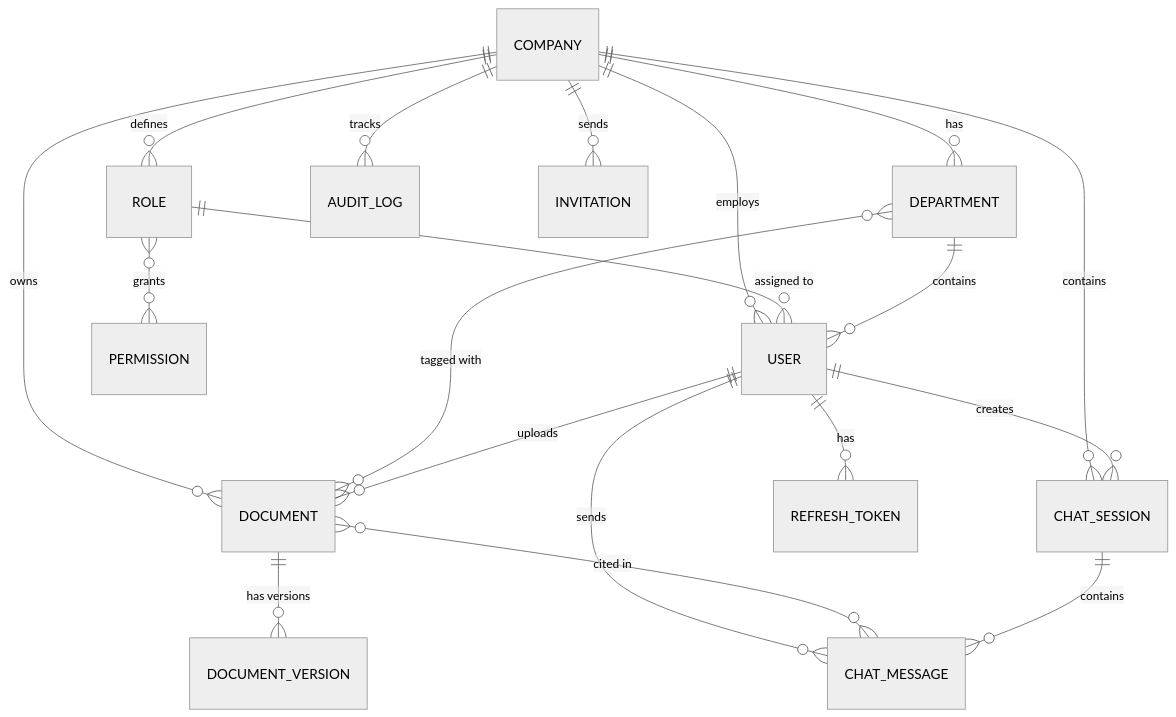
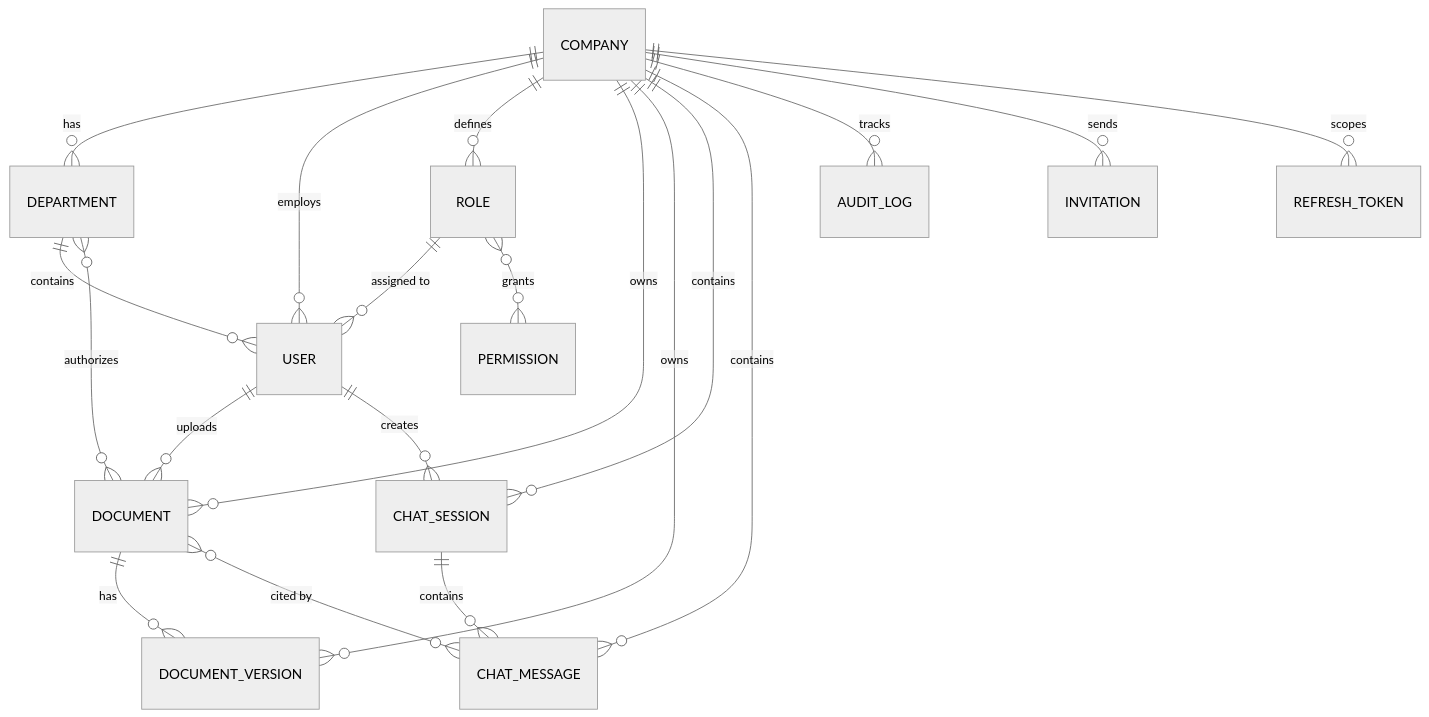
One commit to KavyaKelshikar/AI-Industry_Project changed the diagram in docs/Database.md. Above: the diagram before and after it, drawn with Mermaid (neutral theme). The commit also changed other lines of this file and 158 other files, not shown here.

````diff
--- a/docs/Database.md
+++ b/docs/Database.md
@@ -57,26 +105,23 @@
 ```mermaid
 erDiagram
     COMPANY ||--o{ DEPARTMENT : "has"
     COMPANY ||--o{ USER : "employs"
     COMPANY ||--o{ ROLE : "defines"
     COMPANY ||--o{ DOCUMENT : "owns"
+    COMPANY ||--o{ DOCUMENT_VERSION : "owns"
     COMPANY ||--o{ CHAT_SESSION : "contains"
+    COMPANY ||--o{ CHAT_MESSAGE : "contains"
     COMPANY ||--o{ AUDIT_LOG : "tracks"
     COMPANY ||--o{ INVITATION : "sends"
+    COMPANY ||--o{ REFRESH_TOKEN : "scopes"
 
     ROLE ||--o{ USER : "assigned to"
     ROLE }o--o{ PERMISSION : "grants"
-
     DEPARTMENT ||--o{ USER : "contains"
-    DEPARTMENT }o--o{ DOCUMENT : "tagged with"
-
+    DEPARTMENT }o--o{ DOCUMENT : "authorizes"
     USER ||--o{ DOCUMENT : "uploads"
     USER ||--o{ CHAT_SESSION : "creates"
-    USER ||--o{ CHAT_MESSAGE : "sends"
-    USER ||--o{ REFRESH_TOKEN : "has"
-
-    DOCUMENT ||--o{ DOCUMENT_VERSION : "has versions"
-    DOCUMENT }o--o{ CHAT_MESSAGE : "cited in"
-
+    DOCUMENT ||--o{ DOCUMENT_VERSION : "has"
+    DOCUMENT }o--o{ CHAT_MESSAGE : "cited by"
     CHAT_SESSION ||--o{ CHAT_MESSAGE : "contains"
 ```
````
